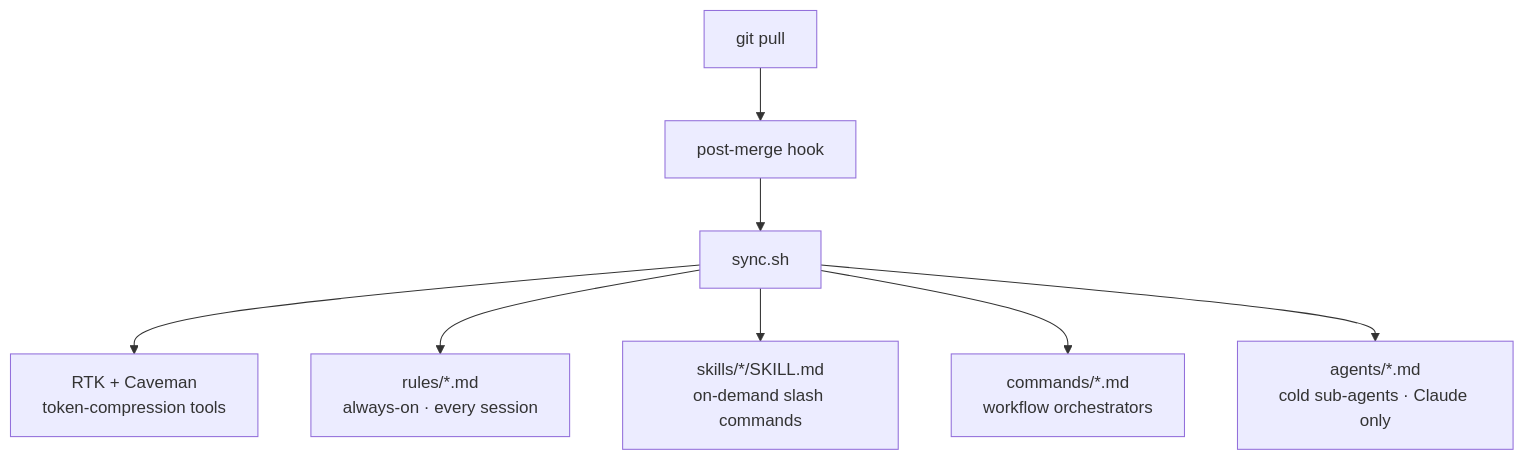
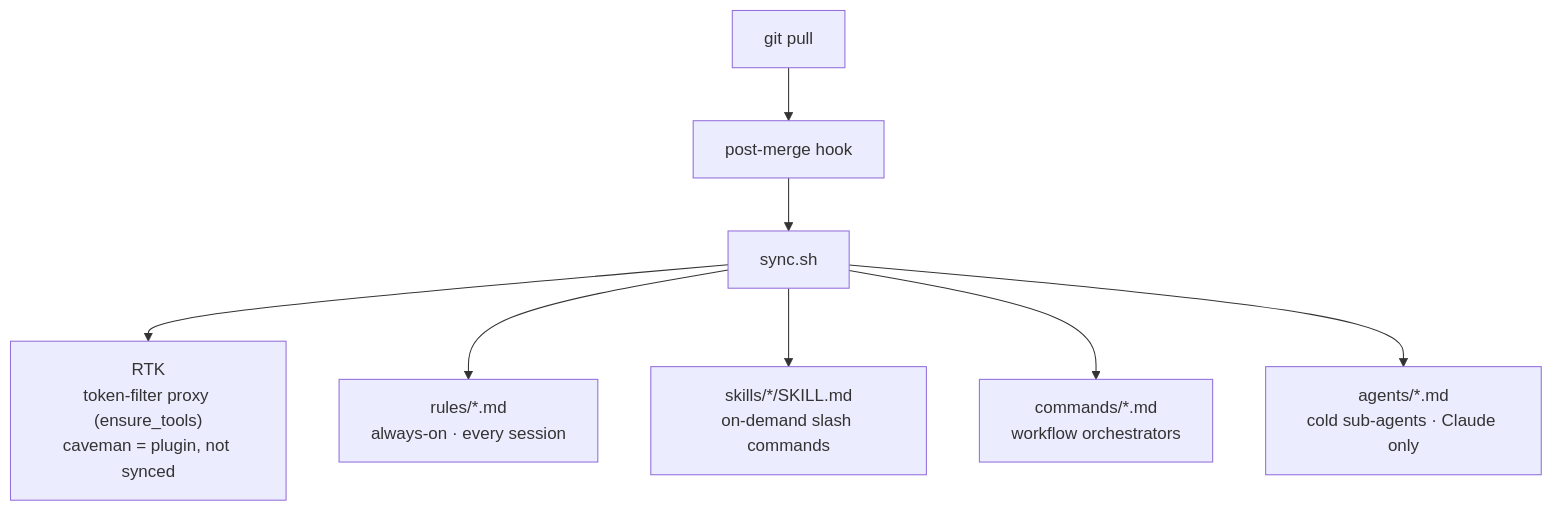
The first of 11 diagrams in README.md (raditia/CraftKit), drawn with Mermaid before and after one commit. The commit also changed other lines of this file and 9 other files, not shown here.

````diff
--- a/README.md
+++ b/README.md
@@ -161,10 +162,10 @@
 ```mermaid
 flowchart TD
     A[git pull] --> B[post-merge hook]
     B --> C[sync.sh]
-    C --> T["RTK + Caveman\ntoken-compression tools"]
+    C --> T["RTK\ntoken-filter proxy (ensure_tools)\ncaveman = plugin, not synced"]
     C --> R["rules/*.md\nalways-on · every session"]
     C --> S["skills/*/SKILL.md\non-demand slash commands"]
     C --> M["commands/*.md\nworkflow orchestrators"]
     C --> G["agents/*.md\ncold sub-agents · Claude only"]
 ```
````
